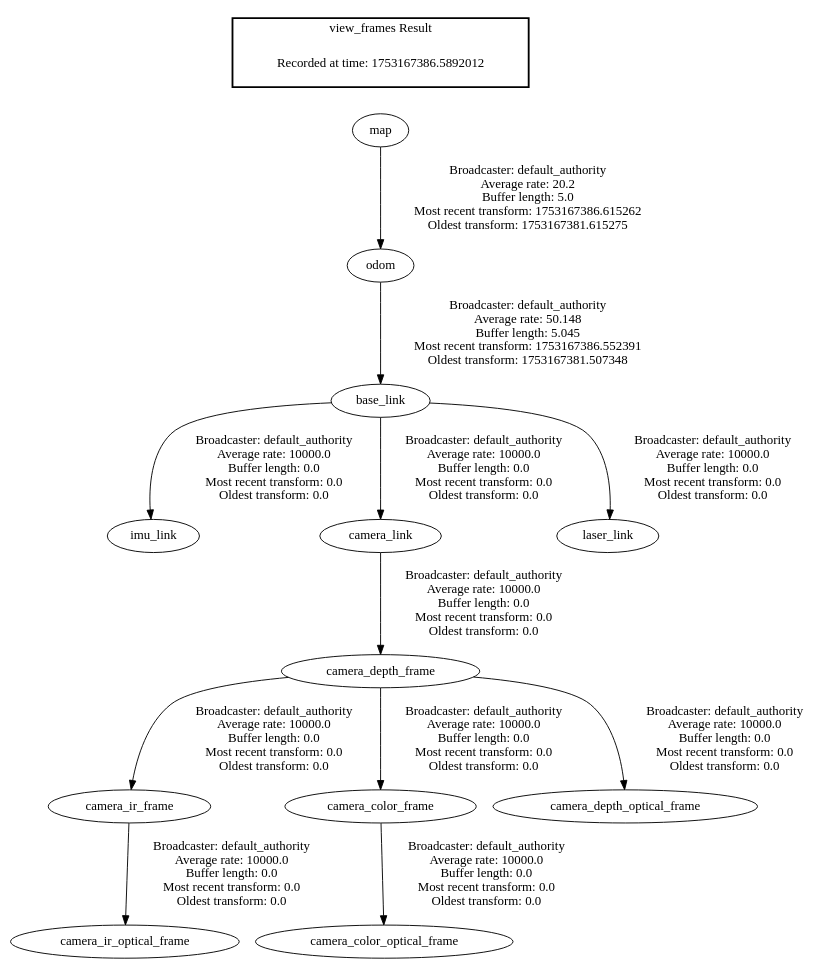
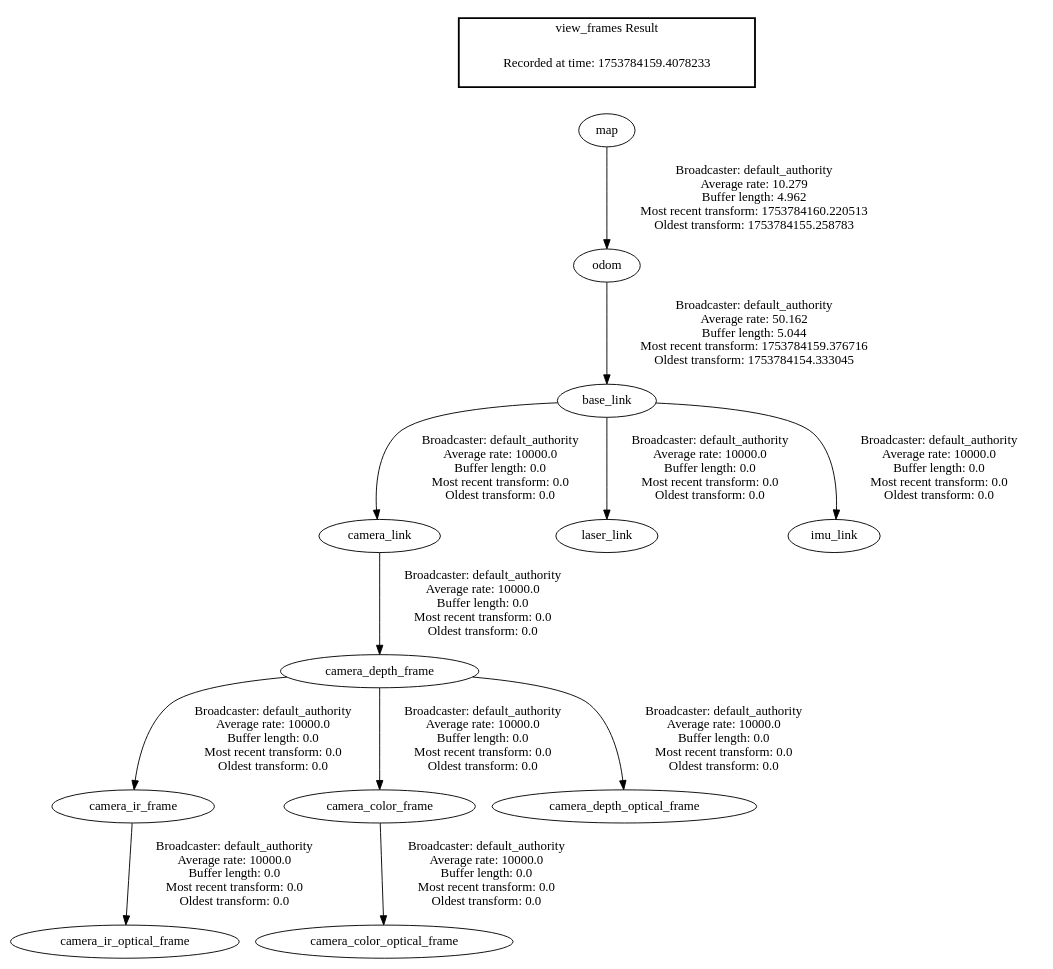
One commit to krish-rRay23/LIMO_COBOT_PROJECT changed the diagram in frames.gv. Above: the diagram before and after it, drawn with Graphviz. The commit also changed 233 other files, not shown here.

```diff
--- a/frames.gv
+++ b/frames.gv
@@ -1,17 +1,17 @@
 digraph G {
-"odom" -> "base_link"[label=" Broadcaster: default_authority\nAverage rate: 50.148\nBuffer length: 5.045\nMost recent transform: 1753167386.552391\nOldest transform: 1753167381.507348\n"];
-"map" -> "odom"[label=" Broadcaster: default_authority\nAverage rate: 20.2\nBuffer length: 5.0\nMost recent transform: 1753167386.615262\nOldest transform: 1753167381.615275\n"];
-"base_link" -> "imu_link"[label=" Broadcaster: default_authority\nAverage rate: 10000.0\nBuffer length: 0.0\nMost recent transform: 0.0\nOldest transform: 0.0\n"];
+"odom" -> "base_link"[label=" Broadcaster: default_authority\nAverage rate: 50.162\nBuffer length: 5.044\nMost recent transform: 1753784159.376716\nOldest transform: 1753784154.333045\n"];
+"map" -> "odom"[label=" Broadcaster: default_authority\nAverage rate: 10.279\nBuffer length: 4.962\nMost recent transform: 1753784160.220513\nOldest transform: 1753784155.258783\n"];
 "base_link" -> "camera_link"[label=" Broadcaster: default_authority\nAverage rate: 10000.0\nBuffer length: 0.0\nMost recent transform: 0.0\nOldest transform: 0.0\n"];
 "base_link" -> "laser_link"[label=" Broadcaster: default_authority\nAverage rate: 10000.0\nBuffer length: 0.0\nMost recent transform: 0.0\nOldest transform: 0.0\n"];
+"base_link" -> "imu_link"[label=" Broadcaster: default_authority\nAverage rate: 10000.0\nBuffer length: 0.0\nMost recent transform: 0.0\nOldest transform: 0.0\n"];
 "camera_depth_frame" -> "camera_ir_frame"[label=" Broadcaster: default_authority\nAverage rate: 10000.0\nBuffer length: 0.0\nMost recent transform: 0.0\nOldest transform: 0.0\n"];
 "camera_link" -> "camera_depth_frame"[label=" Broadcaster: default_authority\nAverage rate: 10000.0\nBuffer length: 0.0\nMost recent transform: 0.0\nOldest transform: 0.0\n"];
 "camera_ir_frame" -> "camera_ir_optical_frame"[label=" Broadcaster: default_authority\nAverage rate: 10000.0\nBuffer length: 0.0\nMost recent transform: 0.0\nOldest transform: 0.0\n"];
 "camera_depth_frame" -> "camera_color_frame"[label=" Broadcaster: default_authority\nAverage rate: 10000.0\nBuffer length: 0.0\nMost recent transform: 0.0\nOldest transform: 0.0\n"];
 "camera_color_frame" -> "camera_color_optical_frame"[label=" Broadcaster: default_authority\nAverage rate: 10000.0\nBuffer length: 0.0\nMost recent transform: 0.0\nOldest transform: 0.0\n"];
 "camera_depth_frame" -> "camera_depth_optical_frame"[label=" Broadcaster: default_authority\nAverage rate: 10000.0\nBuffer length: 0.0\nMost recent transform: 0.0\nOldest transform: 0.0\n"];
 edge [style=invis];
  subgraph cluster_legend { style=bold; color=black; label ="view_frames Result";
-"Recorded at time: 1753167386.5892012"[ shape=plaintext ] ;
+"Recorded at time: 1753784159.4078233"[ shape=plaintext ] ;
 }->"map";
 }
```
